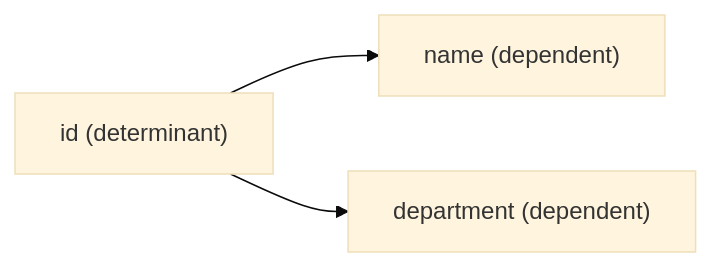
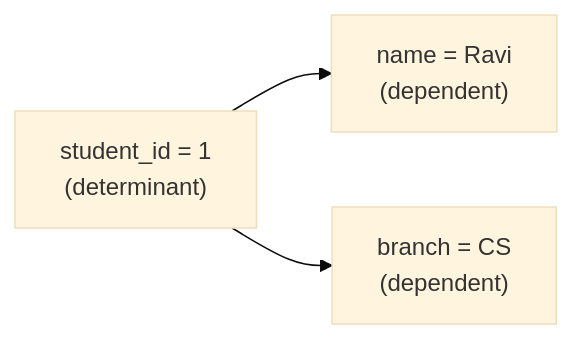
One commit to aaryan-pradhan/core-cs-fundamentals changed the first of 8 diagrams in dbms/11-normalisation.md. Above: the diagram before and after it, drawn with Mermaid (base theme). The commit also changed other lines of this file, not shown here.

````diff
--- a/dbms/11-normalisation.md
+++ b/dbms/11-normalisation.md
@@ -12,5 +9,5 @@
-      ```mermaid
-      flowchart LR
-        id["id (determinant)"] --> name["name (dependent)"]
-        id --> dept["department (dependent)"]
-      ```
+```mermaid
+flowchart LR
+  ID["student_id = 1<br/>(determinant)"] --> N["name = Ravi<br/>(dependent)"]
+  ID --> BR["branch = CS<br/>(dependent)"]
+```
````
